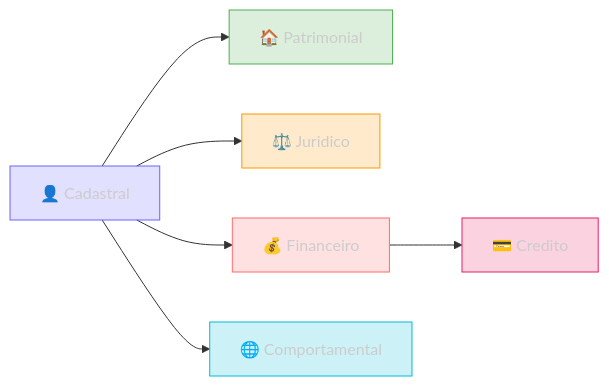
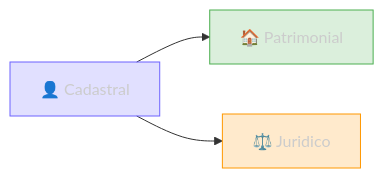
One commit to Sherlocker-LTDA/docs changed the first of 2 diagrams in introduction.mdx. Above: the diagram before and after it, drawn with Mermaid. The commit also changed other lines of this file and 2 other files, not shown here.

````diff
--- a/introduction.mdx
+++ b/introduction.mdx
@@ -13,22 +13,13 @@
 ```mermaid
 graph LR
     CAD["👤 Cadastral"]
     PAT["🏠 Patrimonial"]
     JUR["⚖️ Juridico"]
-    FIN["💰 Financeiro"]
-    COM["🌐 Comportamental"]
-    CRE["💳 Credito"]
 
     CAD --> PAT
     CAD --> JUR
-    CAD --> FIN
-    CAD --> COM
-    FIN --> CRE
 
     style CAD fill:#6C63FF33,stroke:#6C63FF,color:#ccc
     style PAT fill:#4CAF5033,stroke:#4CAF50,color:#ccc
     style JUR fill:#FF980033,stroke:#FF9800,color:#ccc
-    style FIN fill:#FF6B6B33,stroke:#FF6B6B,color:#ccc
-    style COM fill:#00BCD433,stroke:#00BCD4,color:#ccc
-    style CRE fill:#E91E6333,stroke:#E91E63,color:#ccc
 ```
````
